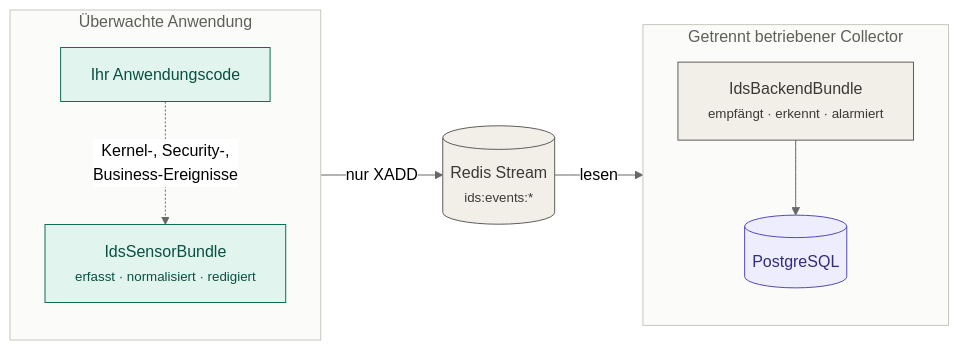
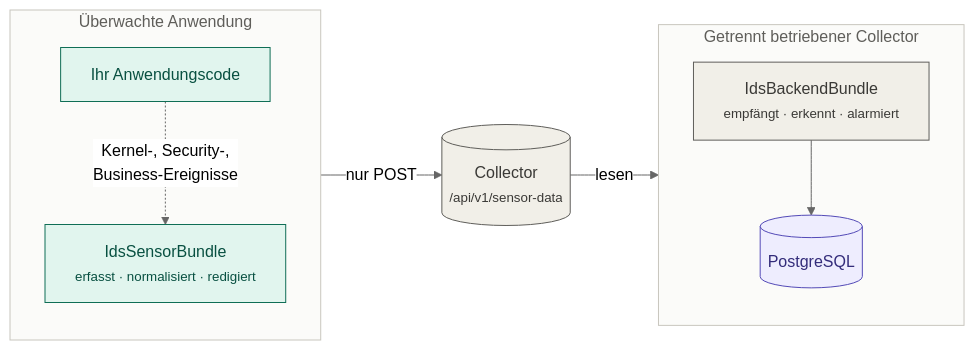
The first of 2 diagrams in doc/01-ueberblick.md (projektmotor/ids-sensor-bundle), drawn with Mermaid (neutral theme) before and after one commit. The commit also changed other lines of this file and 97 other files, not shown here.

First line of the commit message:
Umstellung auf REST-Transport und schema_version 2

````diff
--- a/doc/01-ueberblick.md
+++ b/doc/01-ueberblick.md
@@ -10,30 +10,30 @@
 ```mermaid
 flowchart LR
     subgraph app["Überwachte Anwendung"]
         direction TB
         code["Ihr Anwendungscode"]
         sensor["IdsSensorBundle<br/><small>erfasst · normalisiert · redigiert</small>"]
         code -.->|"Kernel-, Security-,<br/>Business-Ereignisse"| sensor
     end
 
-    broker[("Redis Stream<br/><small>ids:events:*</small>")]
+    broker[("Collector<br/><small>/api/v1/sensor-data</small>")]
 
     subgraph collector["Getrennt betriebener Collector"]
         direction TB
         consumer["IdsBackendBundle<br/><small>empfängt · erkennt · alarmiert</small>"]
         db[("PostgreSQL")]
         consumer --> db
     end
 
-    sensor -->|"nur XADD"| broker
+    sensor -->|"nur POST"| broker
     broker -->|"lesen"| consumer
 
     classDef capture fill:#E1F5EE,stroke:#0F6E56,color:#085041
     classDef transport fill:#F1EFE8,stroke:#5F5E5A,color:#3A3936
     classDef data fill:#EEEDFE,stroke:#534AB7,color:#332C7A
     class sensor,code capture
     class broker,consumer transport
     class db data
     style app fill:#FBFBF9,stroke:#C8C6BE,color:#5F5E5A
     style collector fill:#FBFBF9,stroke:#C8C6BE,color:#5F5E5A
 ```
````
